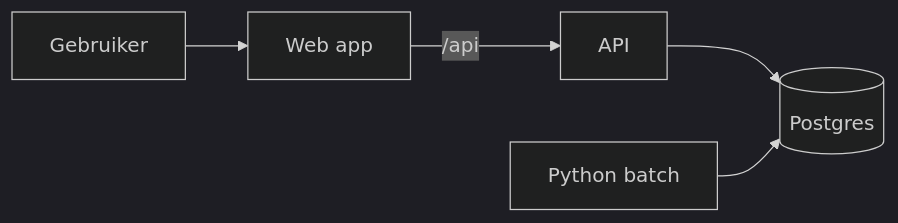
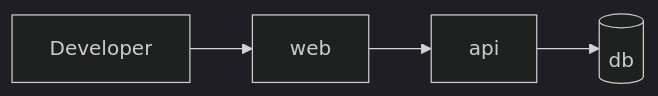
The diagram in kit/kern/docs/architecture/ARCHITECTURE.md (Lennaertds/cardine), drawn with Mermaid (dark theme) before and after one commit. The commit also changed other lines of this file and 644 other files, not shown here.

````diff
--- a/kit/kern/docs/architecture/ARCHITECTURE.md
+++ b/kit/kern/docs/architecture/ARCHITECTURE.md
@@ -12,7 +14,6 @@
 ```mermaid
 flowchart LR
-  user[Gebruiker] --> web[Web app]
-  web -->|/api| api[API]
-  api --> db[(Postgres)]
-  batch[Python batch] --> db
+  dev[Developer] --> web[web]
+  web --> api[api]
+  api --> db[(db)]
 ```
````
